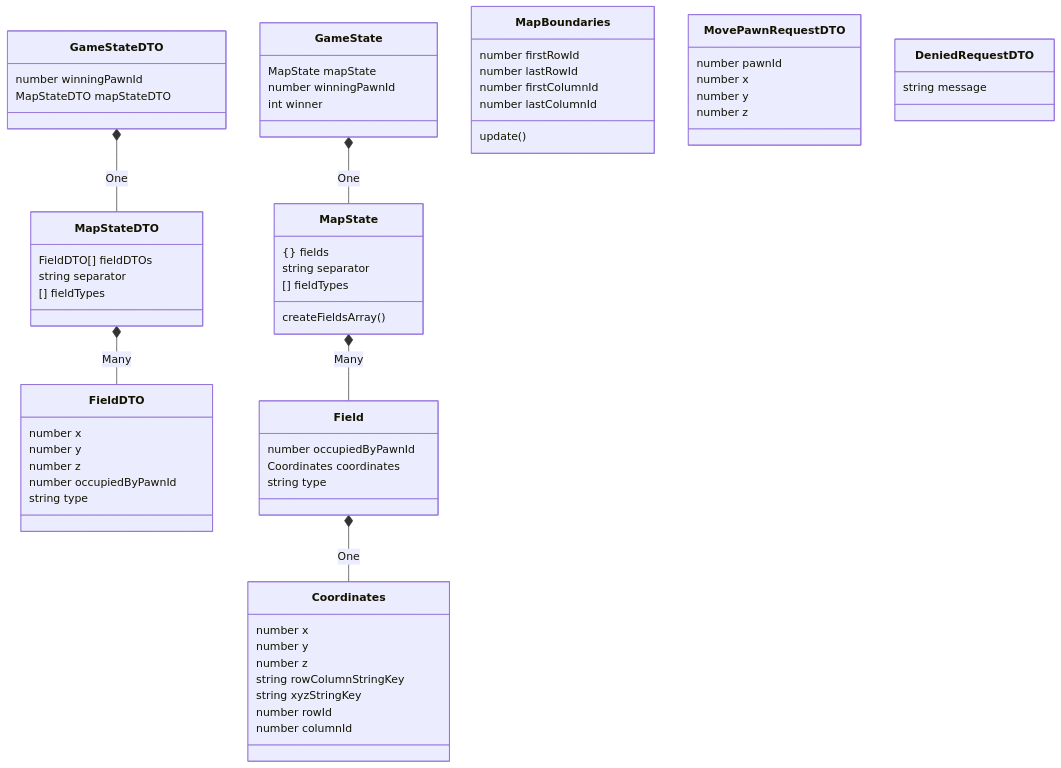
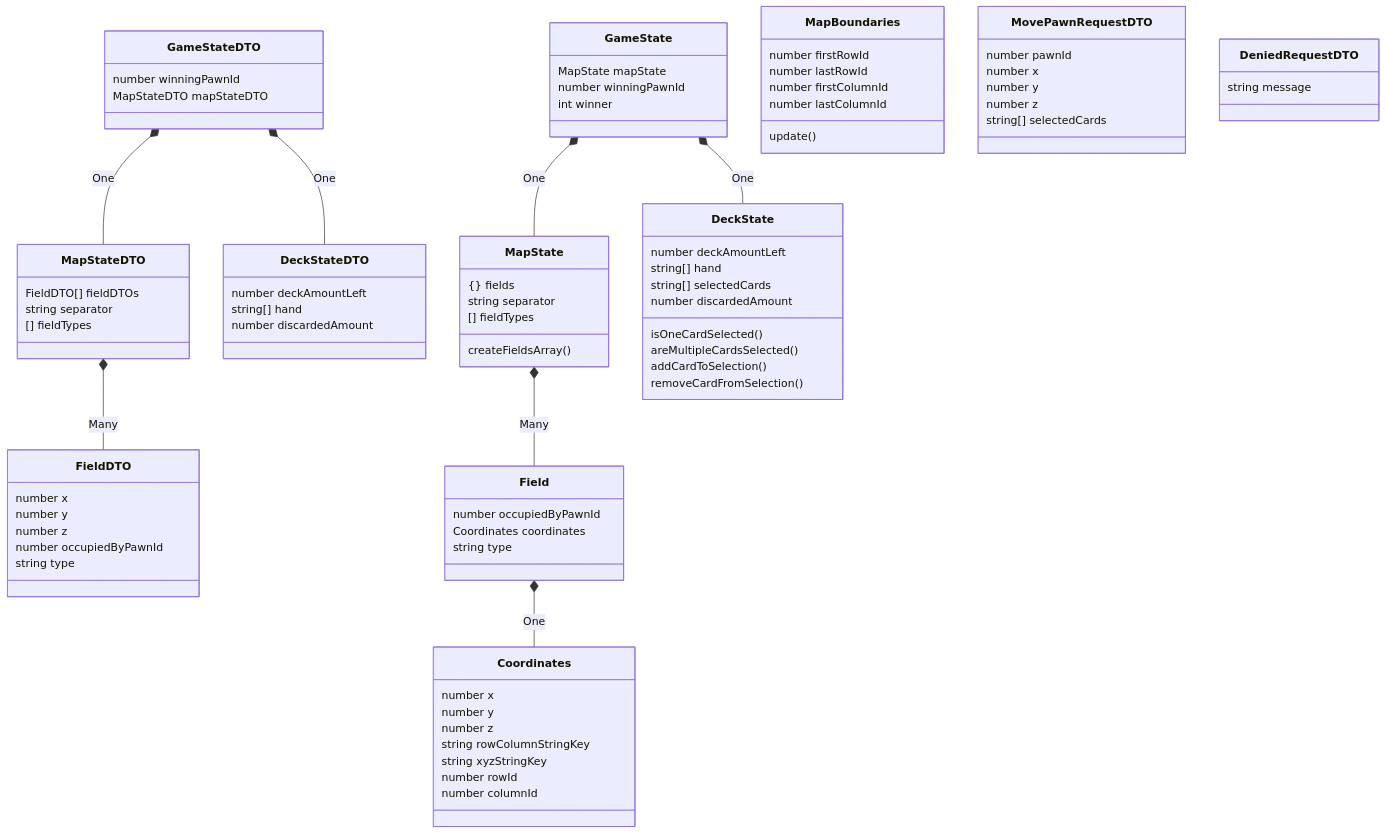
The fifth of 9 diagrams in ARCHITECTURE.md (stijnlinderman/eldorado), drawn with Mermaid before and after one commit. The commit also changed 1 other file, not shown here.

````diff
--- a/ARCHITECTURE.md
+++ b/ARCHITECTURE.md
@@ -112,48 +112,62 @@
 ```mermaid
 classDiagram
 	GameStateDTO *-- MapStateDTO : One
+	GameStateDTO *-- DeckStateDTO : One
 	GameStateDTO : number winningPawnId
 	GameStateDTO : MapStateDTO mapStateDTO
 	MapStateDTO *-- FieldDTO : Many
 	MapStateDTO : FieldDTO[] fieldDTOs
 	MapStateDTO : string separator
 	MapStateDTO : [] fieldTypes
 	FieldDTO : number x
 	FieldDTO : number y
 	FieldDTO : number z
 	FieldDTO : number occupiedByPawnId
 	FieldDTO : string type
+	DeckStateDTO : number deckAmountLeft
+	DeckStateDTO : string[] hand
+	DeckStateDTO : number discardedAmount
 	GameState *-- MapState : One
+	GameState *-- DeckState : One
 	GameState : MapState mapState
 	GameState : number winningPawnId
 	GameState : int winner
 	MapState *-- Field : Many
 	MapState : {} fields
 	MapState : string separator
 	MapState : [] fieldTypes
 	MapState : createFieldsArray()
 	Field *-- Coordinates : One
 	Field : number occupiedByPawnId
 	Field : Coordinates coordinates
 	Field : string type
 	Coordinates : number x
 	Coordinates : number y
 	Coordinates : number z
 	Coordinates : string rowColumnStringKey
 	Coordinates : string xyzStringKey
 	Coordinates : number rowId
 	Coordinates : number columnId
+	DeckState : number deckAmountLeft
+	DeckState : string[] hand
+	DeckState : string[] selectedCards
+	DeckState : number discardedAmount
+	DeckState : isOneCardSelected()
+	DeckState : areMultipleCardsSelected()
+	DeckState : addCardToSelection()
+	DeckState : removeCardFromSelection()
 	class MapBoundaries
 	MapBoundaries : update()
 	MapBoundaries : number firstRowId
 	MapBoundaries : number lastRowId
 	MapBoundaries : number firstColumnId
 	MapBoundaries : number lastColumnId
 	class MovePawnRequestDTO
 	MovePawnRequestDTO : number pawnId
 	MovePawnRequestDTO : number x
 	MovePawnRequestDTO : number y
 	MovePawnRequestDTO : number z
+	MovePawnRequestDTO : string[] selectedCards
 	class DeniedRequestDTO
 	DeniedRequestDTO : string message
 ```
````
